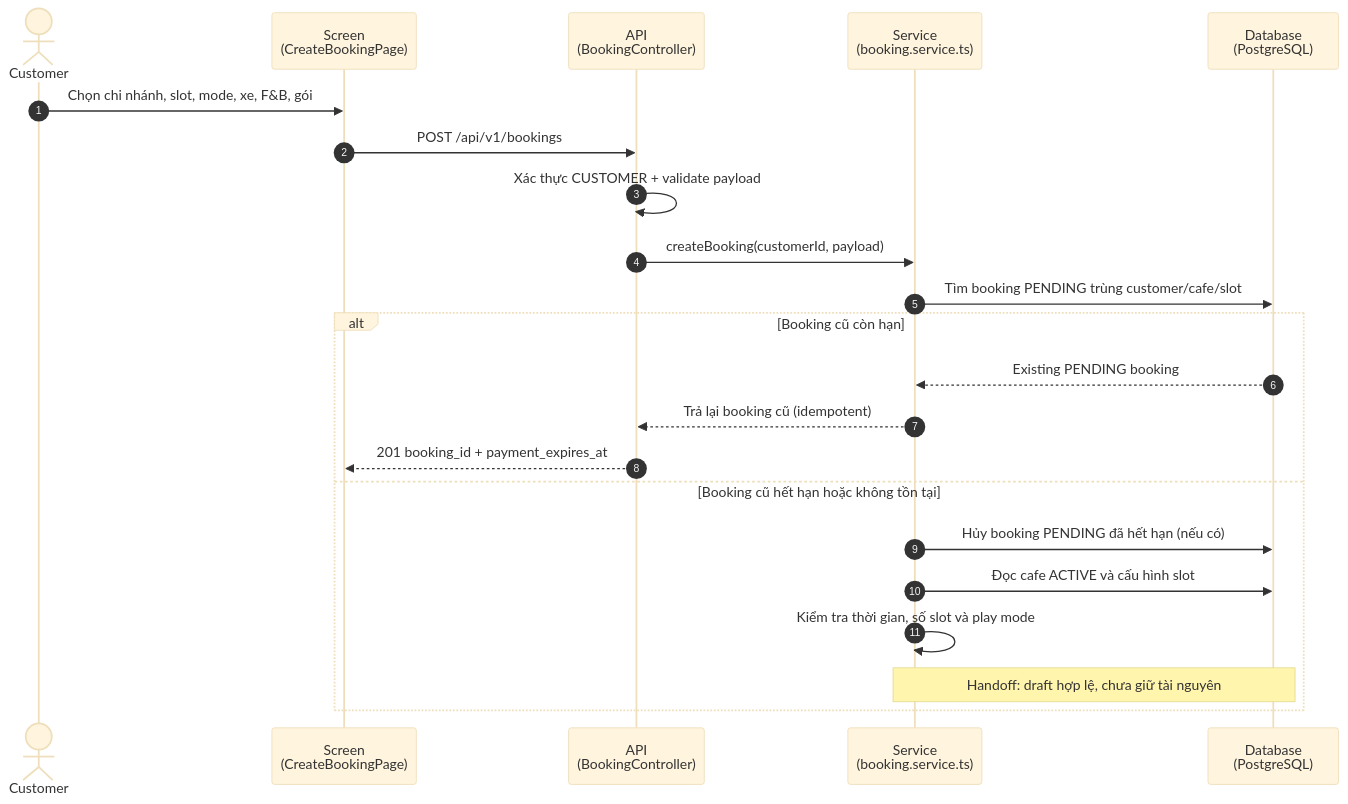
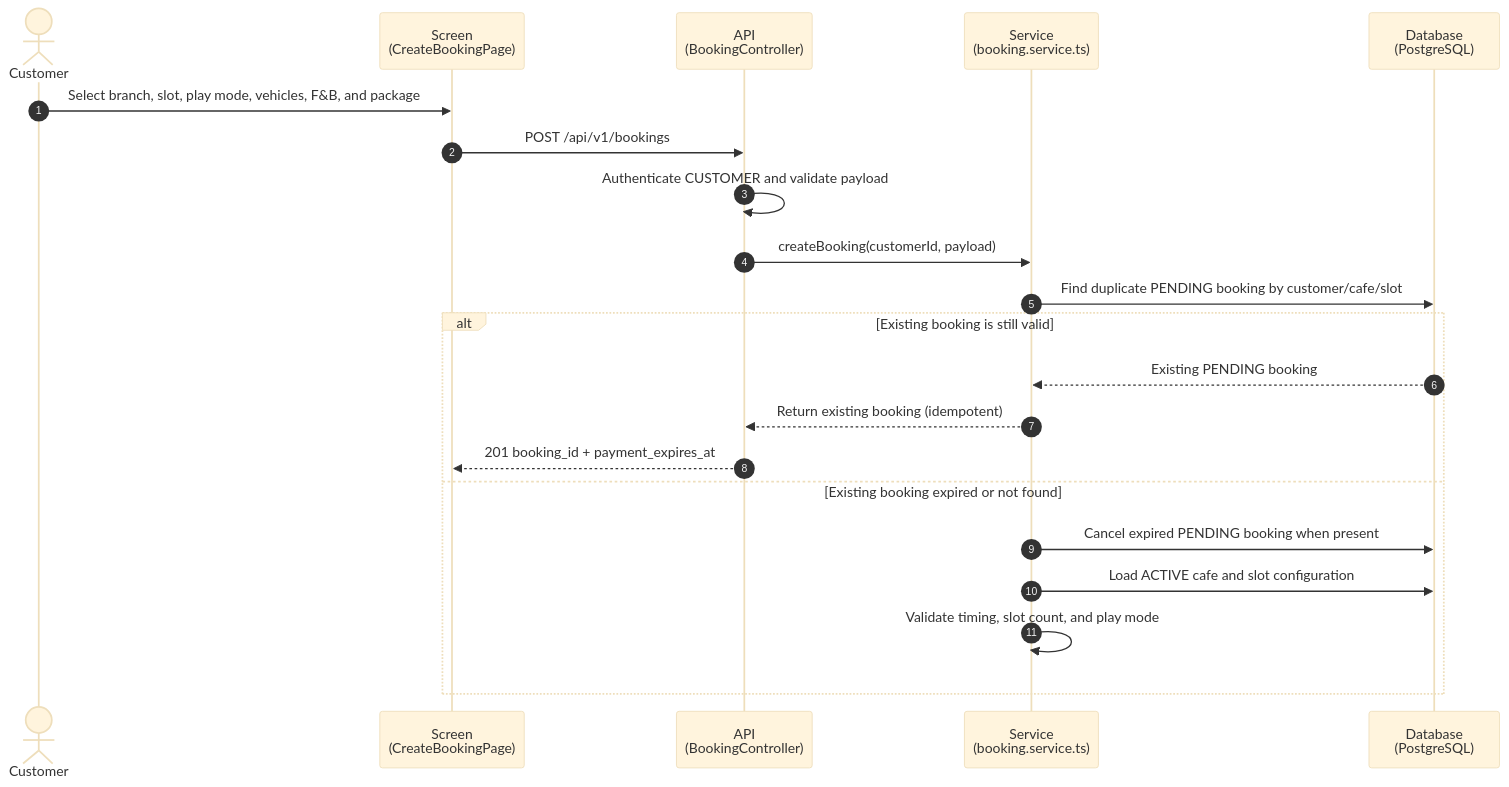
Before and after one commit to tomishere0712/rcfield-platform: the first of 6 diagrams in docs/diagrams/sequence/sequence-flow-booking-payment-report4.md, drawn with Mermaid (base theme). The commit also changed other lines of this file and 21 other files, not shown here.

````diff
--- a/docs/diagrams/sequence/sequence-flow-booking-payment-report4.md
+++ b/docs/diagrams/sequence/sequence-flow-booking-payment-report4.md
@@ -7,24 +7,24 @@
 ```mermaid
 sequenceDiagram
     autonumber
     actor C as Customer
     participant UI as Screen<br/>(CreateBookingPage)
     participant API as API<br/>(BookingController)
     participant BS as Service<br/>(booking.service.ts)
     participant DB as Database<br/>(PostgreSQL)
-    C->>UI: Chọn chi nhánh, slot, mode, xe, F&B, gói
+    C->>UI: Select branch, slot, play mode, vehicles, F&B, and package
     UI->>API: POST /api/v1/bookings
-    API->>API: Xác thực CUSTOMER + validate payload
+    API->>API: Authenticate CUSTOMER and validate payload
     API->>BS: createBooking(customerId, payload)
-    BS->>DB: Tìm booking PENDING trùng customer/cafe/slot
-    alt Booking cũ còn hạn
+    BS->>DB: Find duplicate PENDING booking by customer/cafe/slot
+    alt Existing booking is still valid
         DB-->>BS: Existing PENDING booking
-        BS-->>API: Trả lại booking cũ (idempotent)
+        BS-->>API: Return existing booking (idempotent)
         API-->>UI: 201 booking_id + payment_expires_at
-    else Booking cũ hết hạn hoặc không tồn tại
-        BS->>DB: Hủy booking PENDING đã hết hạn (nếu có)
-        BS->>DB: Đọc cafe ACTIVE và cấu hình slot
-        BS->>BS: Kiểm tra thời gian, số slot và play mode
-        Note over BS,DB: Handoff: draft hợp lệ, chưa giữ tài nguyên
+    else Existing booking expired or not found
+        BS->>DB: Cancel expired PENDING booking when present
+        BS->>DB: Load ACTIVE cafe and slot configuration
+        BS->>BS: Validate timing, slot count, and play mode
+        
     end
 ```
````
